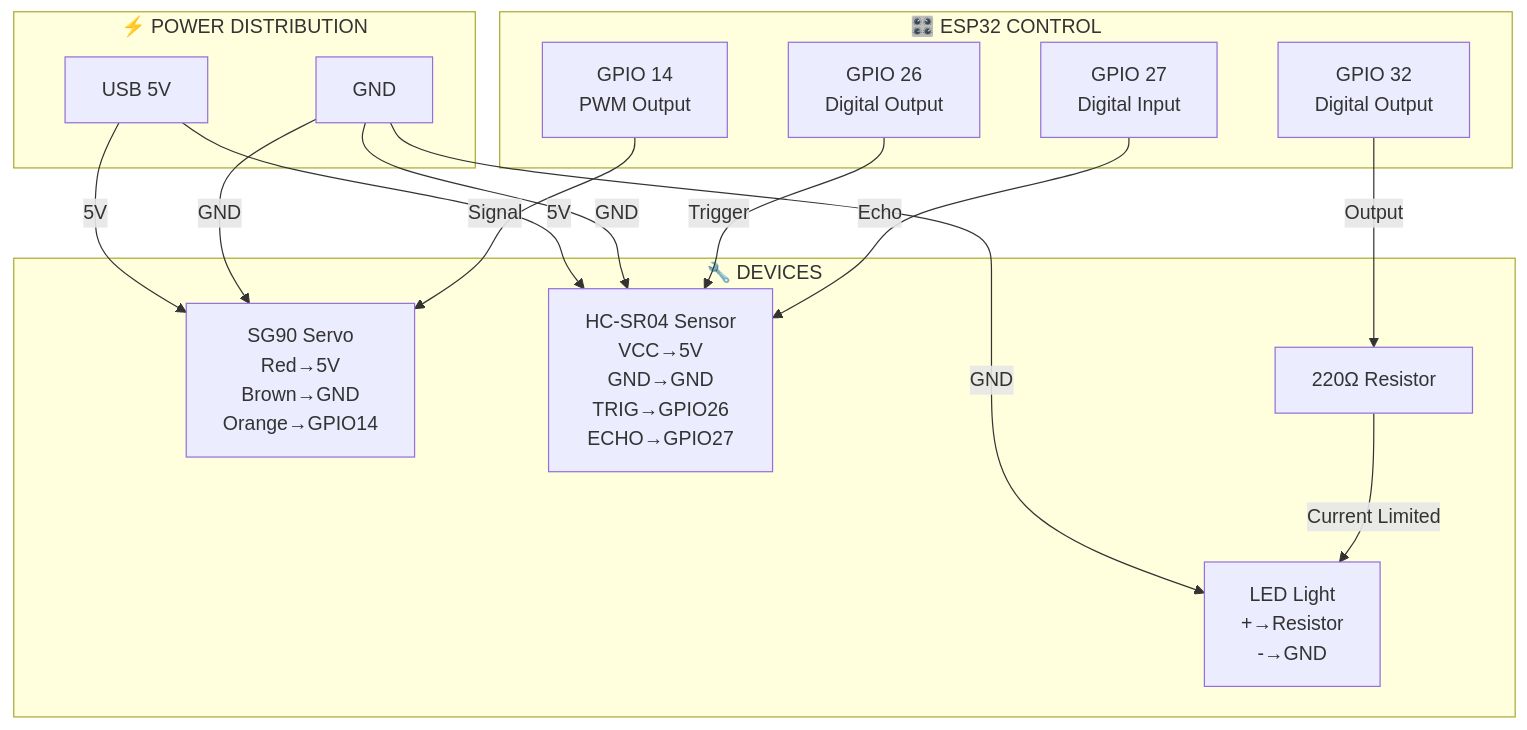
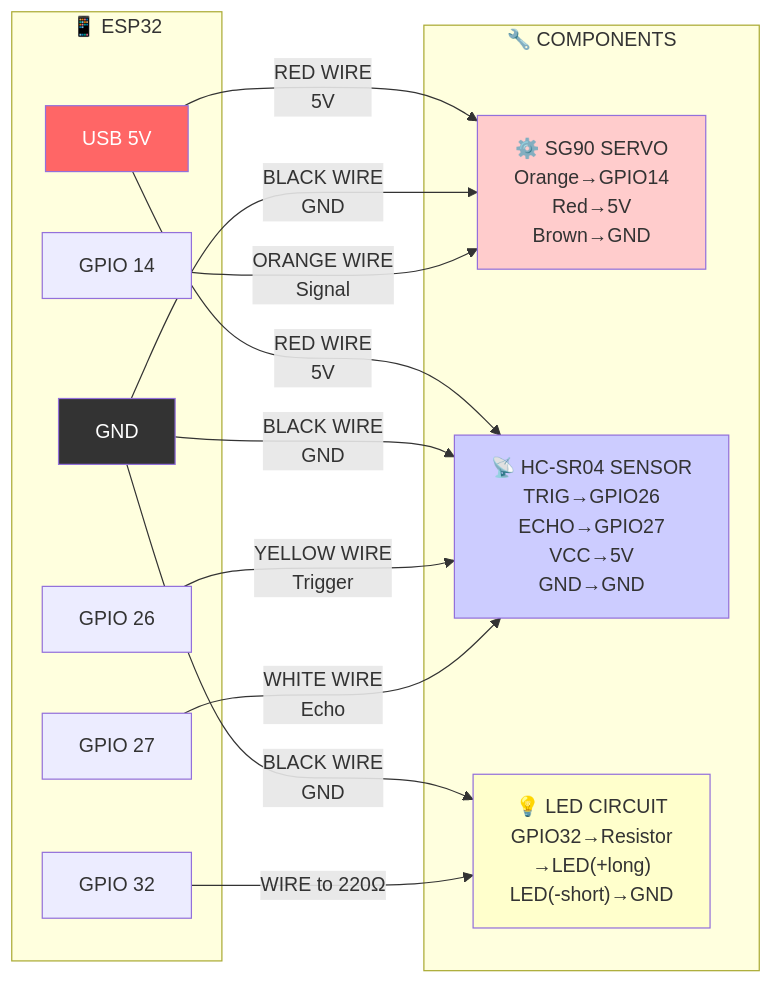
Before and after one commit to Danncode10/radar-web-dashboard: the diagram in docs/WIRING.md, drawn with Mermaid. The commit also changed other lines of this file, not shown here.

First line of the commit message:
Simplify WIRING.md - ONE clear diagram to follow

````diff
--- a/docs/WIRING.md
+++ b/docs/WIRING.md
@@ -45,33 +20,37 @@
 ```mermaid
-graph TB
-    subgraph Power["⚡ POWER DISTRIBUTION"]
+graph LR
+    subgraph ESP["📱 ESP32"]
         USB["USB 5V"]
-        GROUND["GND"]
+        GND["GND"]
+        G14["GPIO 14"]
+        G26["GPIO 26"]
+        G27["GPIO 27"]
+        G32["GPIO 32"]
     end
     
-    subgraph ESP["🎛️ ESP32 CONTROL"]
-        GPIO14["GPIO 14<br/>PWM Output"]
-        GPIO26["GPIO 26<br/>Digital Output"]
-        GPIO27["GPIO 27<br/>Digital Input"]
-        GPIO32["GPIO 32<br/>Digital Output"]
+    subgraph PARTS["🔧 COMPONENTS"]
+        SERVO["⚙️ SG90 SERVO<br/>Orange→GPIO14<br/>Red→5V<br/>Brown→GND"]
+        
+        SENSOR["📡 HC-SR04 SENSOR<br/>TRIG→GPIO26<br/>ECHO→GPIO27<br/>VCC→5V<br/>GND→GND"]
+        
+        LEDC["💡 LED CIRCUIT<br/>GPIO32→Resistor<br/>→LED(+long)<br/>LED(-short)→GND"]
     end
     
-    subgraph Devices["🔧 DEVICES"]
-        SRV["SG90 Servo<br/>Red→5V<br/>Brown→GND<br/>Orange→GPIO14"]
-        SNS["HC-SR04 Sensor<br/>VCC→5V<br/>GND→GND<br/>TRIG→GPIO26<br/>ECHO→GPIO27"]
-        LEDR["220Ω Resistor"]
-        LEDD["LED Light<br/>+→Resistor<br/>-→GND"]
-    end
+    USB -->|RED WIRE<br/>5V| SERVO
+    USB -->|RED WIRE<br/>5V| SENSOR
     
-    USB -->|5V| SRV
-    USB -->|5V| SNS
-    GROUND -->|GND| SRV
-    GROUND -->|GND| SNS
-    GROUND -->|GND| LEDD
+    GND -->|BLACK WIRE<br/>GND| SERVO
+    GND -->|BLACK WIRE<br/>GND| SENSOR
+    GND -->|BLACK WIRE<br/>GND| LEDC
     
-    GPIO14 -->|Signal| SRV
-    GPIO26 -->|Trigger| SNS
-    GPIO27 -->|Echo| SNS
-    GPIO32 -->|Output| LEDR
-    LEDR -->|Current Limited| LEDD
+    G14 -->|ORANGE WIRE<br/>Signal| SERVO
+    G26 -->|YELLOW WIRE<br/>Trigger| SENSOR
+    G27 -->|WHITE WIRE<br/>Echo| SENSOR
+    G32 -->|WIRE to 220Ω| LEDC
+    
+    style USB fill:#ff6666,color:#fff
+    style GND fill:#333,color:#fff
+    style SERVO fill:#ffcccc
+    style SENSOR fill:#ccccff
+    style LEDC fill:#ffffcc
 ```
````
